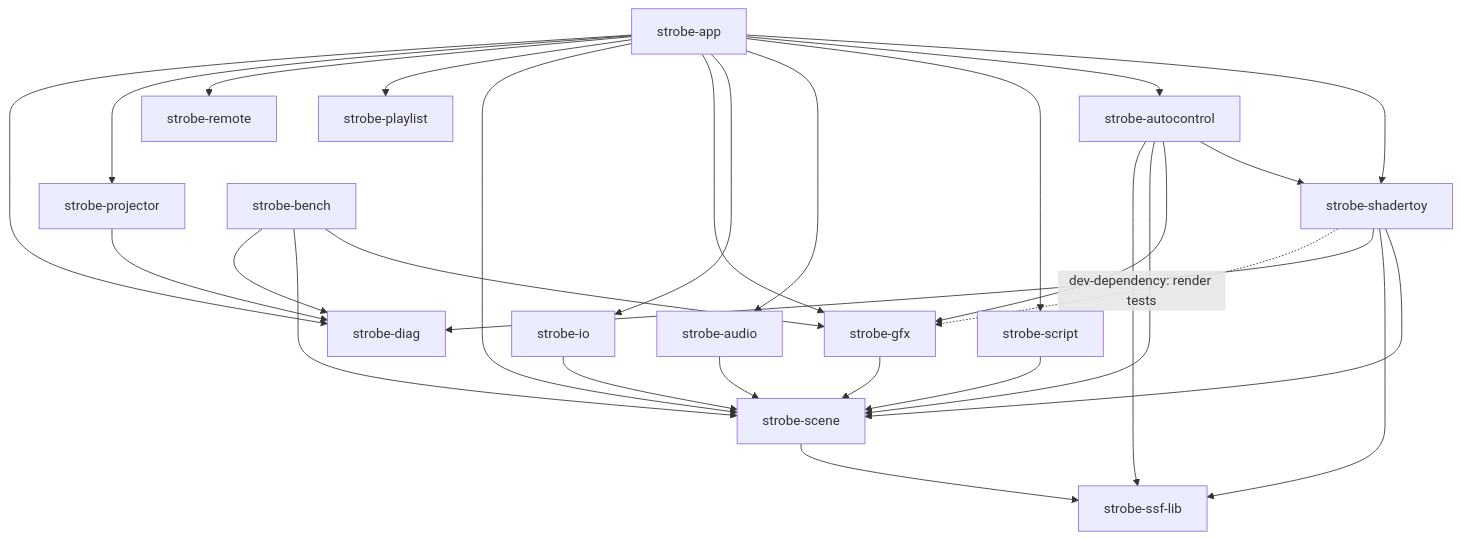
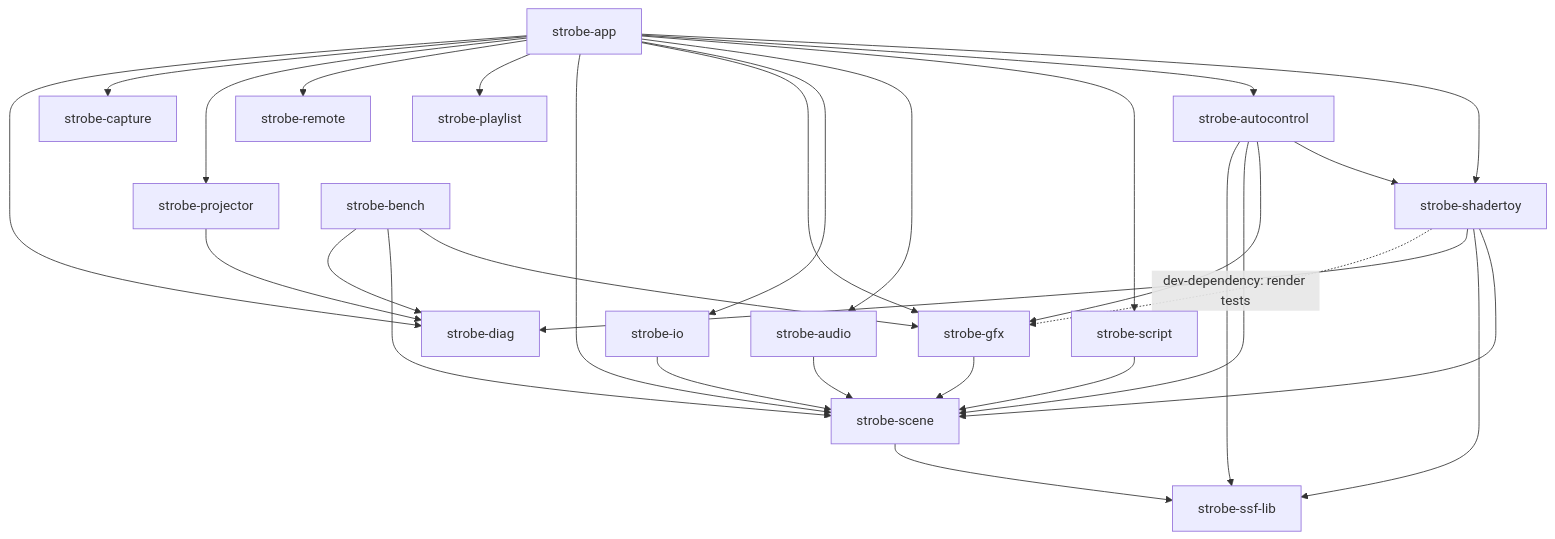
The diagram in docs/ARCHITECTURE.md (lnorton89/strobe), drawn with Mermaid before and after one commit. The commit also changed other lines of this file and 7 other files, not shown here.

````diff
--- a/docs/ARCHITECTURE.md
+++ b/docs/ARCHITECTURE.md
@@ -39,11 +44,11 @@
 ```mermaid
 flowchart TD
-    app[strobe-app] --> shadertoy[strobe-shadertoy] & autocontrol[strobe-autocontrol] & script[strobe-script] & audio[strobe-audio] & io[strobe-io] & gfx[strobe-gfx] & scene[strobe-scene] & playlist[strobe-playlist] & remote[strobe-remote] & projector[strobe-projector] & diag[strobe-diag]
+    app[strobe-app] --> shadertoy[strobe-shadertoy] & autocontrol[strobe-autocontrol] & script[strobe-script] & audio[strobe-audio] & io[strobe-io] & gfx[strobe-gfx] & scene[strobe-scene] & playlist[strobe-playlist] & remote[strobe-remote] & projector[strobe-projector] & capture[strobe-capture] & diag[strobe-diag]
     projector --> diag
     autocontrol --> shadertoy & gfx & scene & ssf[strobe-ssf-lib]
     shadertoy --> scene & ssf & diag
     shadertoy -. "dev-dependency: render tests" .-> gfx
     script & audio & io & gfx --> scene
     scene --> ssf
     bench[strobe-bench] --> gfx & scene & diag
 ```
````
